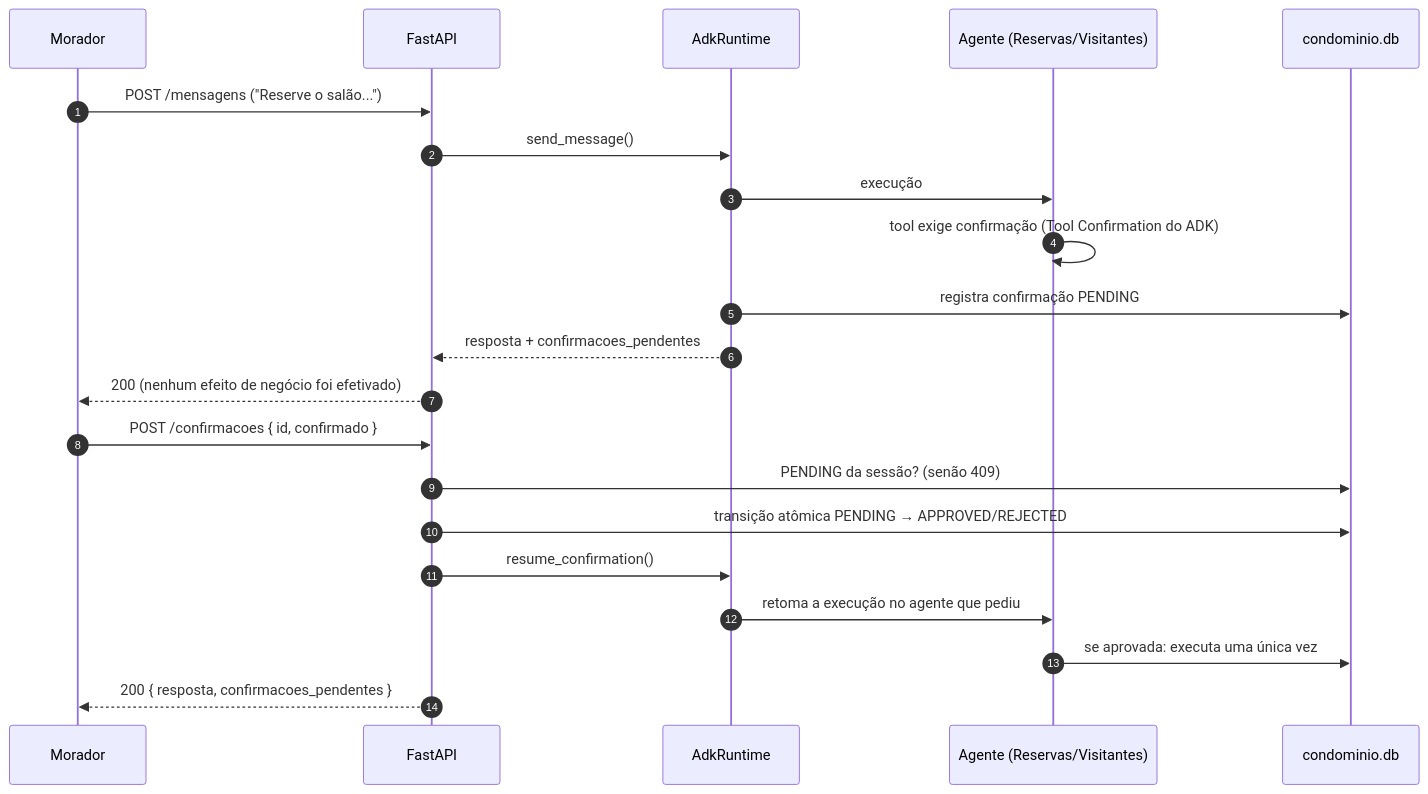
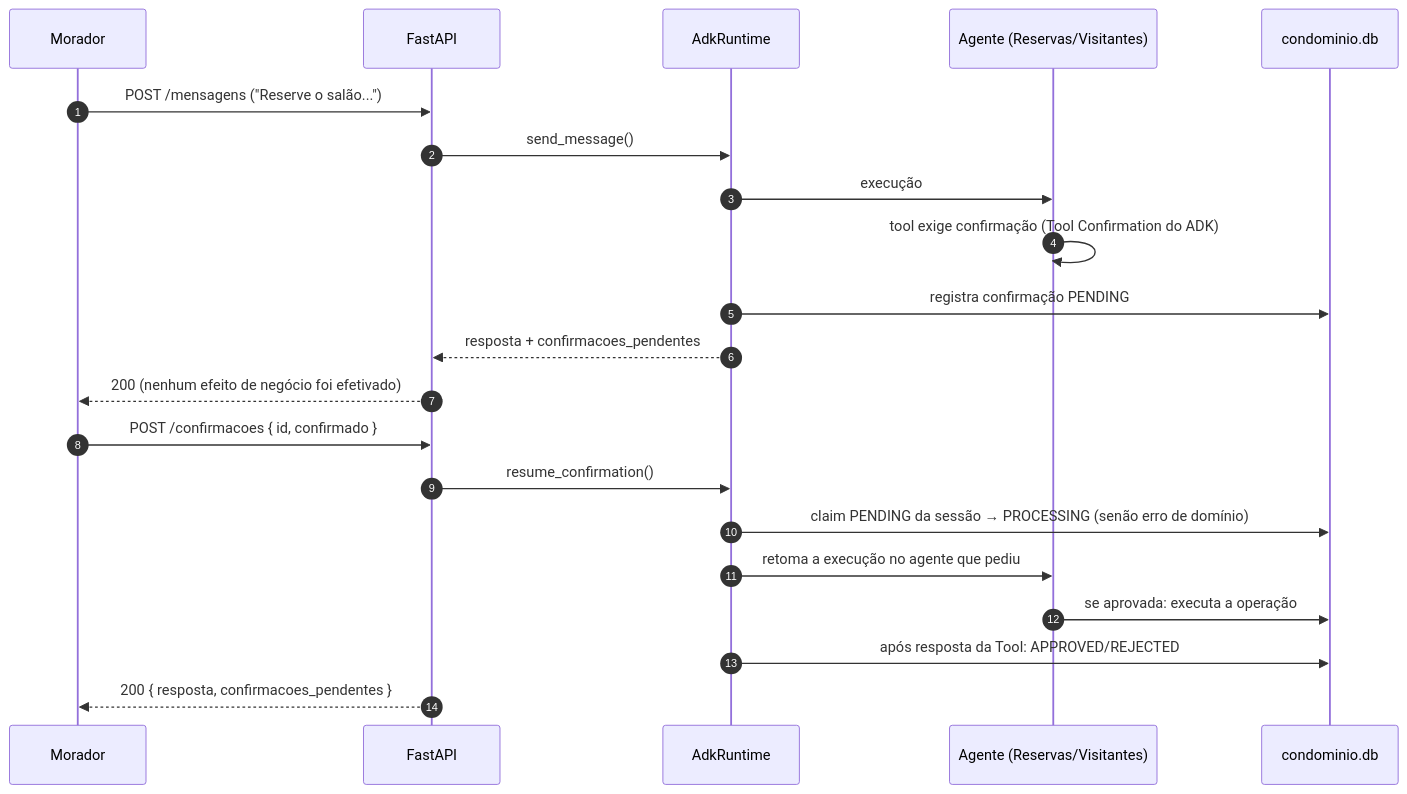
The third of 3 diagrams in docs/arquitetura.md (igorblopes/mba-ia-desafio-criacao-agente), drawn with Mermaid before and after one commit. The commit also changed other lines of this file and 31 other files, not shown here.

````diff
--- a/docs/arquitetura.md
+++ b/docs/arquitetura.md
@@ -313,25 +314,25 @@
 ```mermaid
 sequenceDiagram
     autonumber
     participant M as Morador
     participant API as FastAPI
     participant RT as AdkRuntime
     participant AG as Agente (Reservas/Visitantes)
     participant DB as condominio.db
 
     M->>API: POST /mensagens ("Reserve o salão...")
     API->>RT: send_message()
     RT->>AG: execução
     AG->>AG: tool exige confirmação (Tool Confirmation do ADK)
     RT->>DB: registra confirmação PENDING
     RT-->>API: resposta + confirmacoes_pendentes
     API-->>M: 200 (nenhum efeito de negócio foi efetivado)
 
     M->>API: POST /confirmacoes { id, confirmado }
-    API->>DB: PENDING da sessão? (senão 409)
-    API->>DB: transição atômica PENDING → APPROVED/REJECTED
     API->>RT: resume_confirmation()
+    RT->>DB: claim PENDING da sessão → PROCESSING (senão erro de domínio)
     RT->>AG: retoma a execução no agente que pediu
-    AG->>DB: se aprovada: executa uma única vez
+    AG->>DB: se aprovada: executa a operação
+    RT->>DB: após resposta da Tool: APPROVED/REJECTED
     API-->>M: 200 { resposta, confirmacoes_pendentes }
 ```
````
